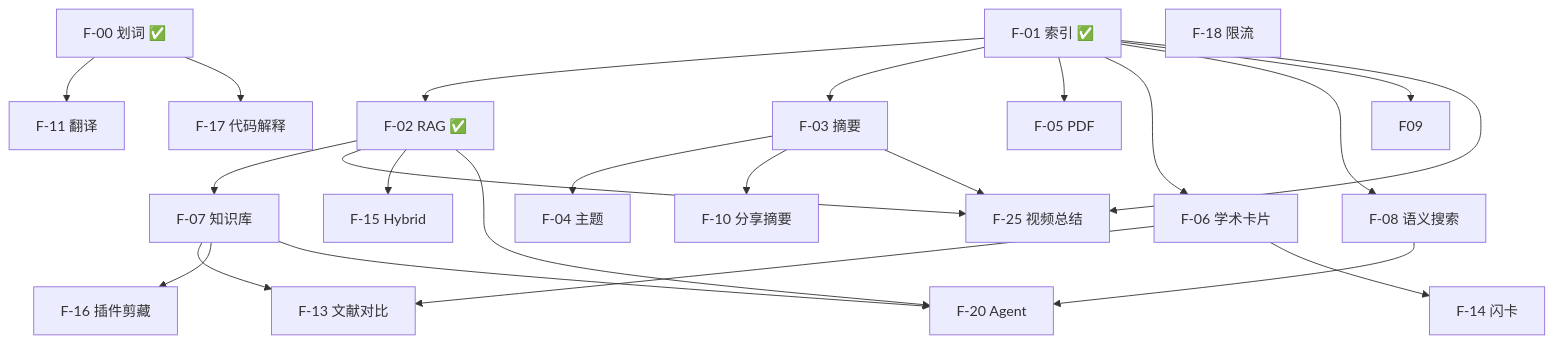
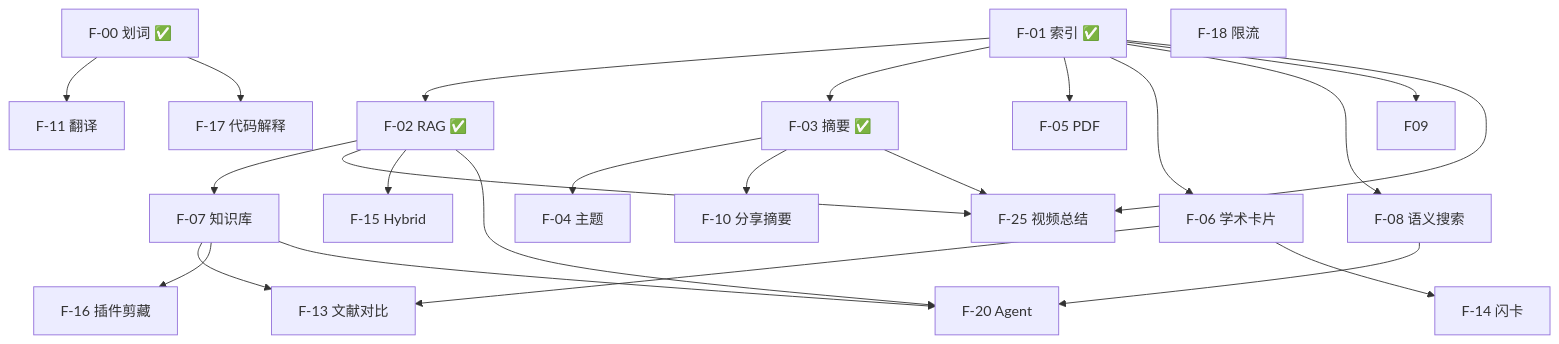
One commit to zhengjiayingz/file-management changed the diagram in file_management_backend_nest/docs/plans/2026-07-08-ai-features-prd.md. Above: the diagram before and after it, drawn with Mermaid. The commit also changed other lines of this file and 30 other files, not shown here.

````diff
--- a/file_management_backend_nest/docs/plans/2026-07-08-ai-features-prd.md
+++ b/file_management_backend_nest/docs/plans/2026-07-08-ai-features-prd.md
@@ -936,37 +943,37 @@
 ```mermaid
 flowchart TB
     F00[F-00 划词 ✅]
     F01[F-01 索引 ✅]
     F02[F-02 RAG ✅]
-    F03[F-03 摘要]
+    F03[F-03 摘要 ✅]
     F04[F-04 主题]
     F05[F-05 PDF]
     F06[F-06 学术卡片]
     F07[F-07 知识库]
     F08[F-08 语义搜索]
     F18[F-18 限流]
     F25[F-25 视频总结]
 
     F00 --> F11[F-11 翻译]
     F00 --> F17[F-17 代码解释]
     F01 --> F02
     F01 --> F03
     F01 --> F05
     F01 --> F06
     F01 --> F08
     F01 --> F09
     F01 --> F25
     F03 --> F04
     F03 --> F10[F-10 分享摘要]
     F03 --> F25
     F02 --> F07
     F02 --> F25
     F06 --> F13[F-13 文献对比]
     F06 --> F14[F-14 闪卡]
     F07 --> F13
     F07 --> F16[F-16 插件剪藏]
     F02 --> F15[F-15 Hybrid]
     F02 --> F20[F-20 Agent]
     F07 --> F20
     F08 --> F20
 ```
````
